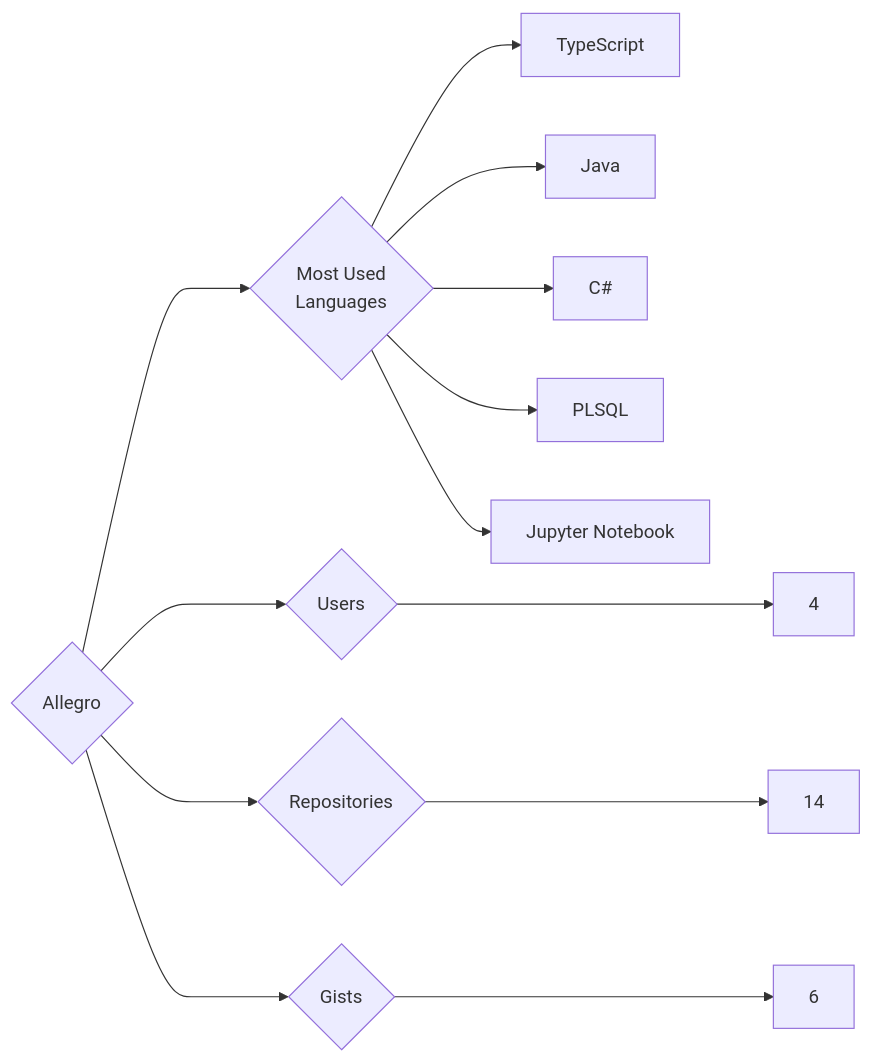
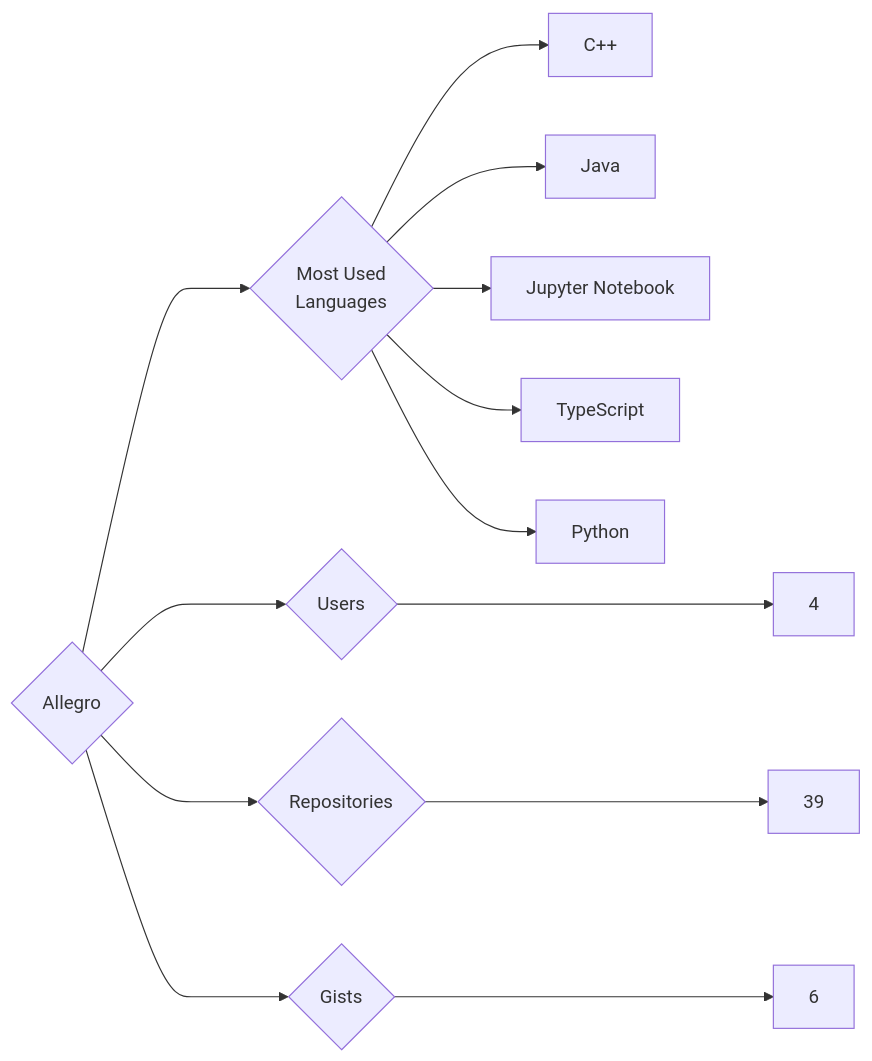
One commit to trickest/insiders changed the diagram in targets/Allegro/README.md. Above: the diagram before and after it, drawn with Mermaid. The commit also changed 1148 other files, not shown here.

````diff
--- a/targets/Allegro/README.md
+++ b/targets/Allegro/README.md
@@ -3,13 +3,13 @@
 ```mermaid
 graph LR
 COMPANY_NAME{Allegro}
 COMPANY_NAME ---> U{Users} ---> UN[4]
-COMPANY_NAME ---> R{Repositories} ---> RN[14]
+COMPANY_NAME ---> R{Repositories} ---> RN[39]
 COMPANY_NAME ---> G{Gists} ---> GN[6]
 COMPANY_NAME ---> ML{Most Used<br>Languages}
+ML --> C++[C++]
+ML --> Java[Java]
+ML --> Jupyter_Notebook[Jupyter Notebook]
 ML --> TypeScript[TypeScript]
-ML --> Java[Java]
-ML --> C#[C#]
-ML --> PLSQL[PLSQL]
-ML --> Jupyter_Notebook[Jupyter Notebook]
+ML --> Python[Python]
 ```
````
